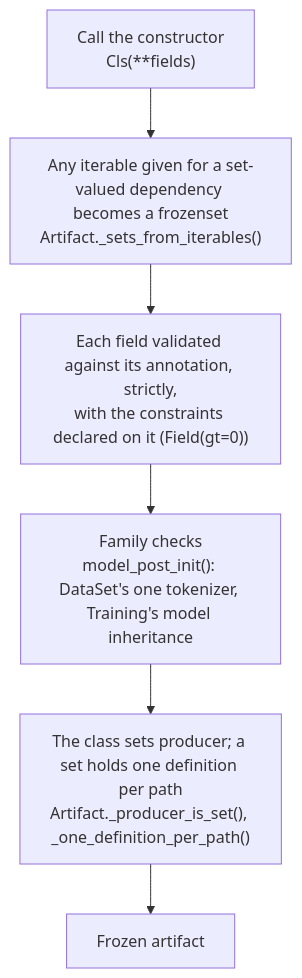
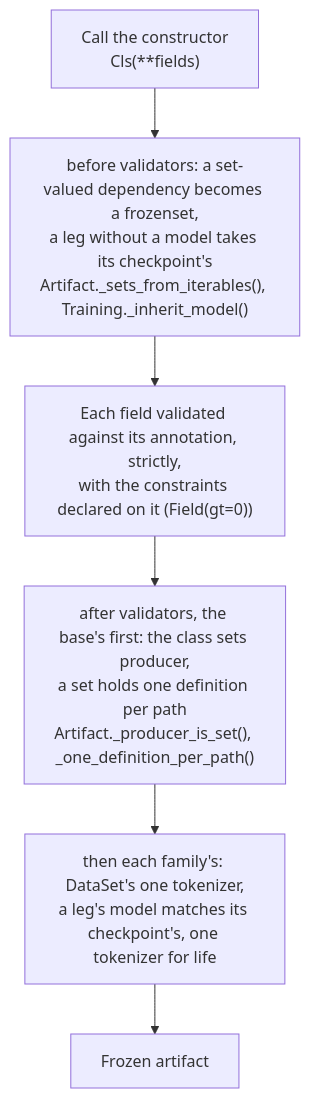
Before and after one commit to ocanphys/launchpad: the second of 3 diagrams in docs/artifacts.md, drawn with Mermaid. The commit also changed 9 other files, not shown here.

First line of the commit message:
Stage 3: family checks become declared pydantic validators

````diff
--- a/docs/artifacts.md
+++ b/docs/artifacts.md
@@ -74,8 +74,8 @@
 ```mermaid
 flowchart TD
-  A["Call the constructor<br/>Cls(**fields)"] --> B["Any iterable given for a set-valued dependency becomes a frozenset<br/>Artifact._sets_from_iterables()"]
+  A["Call the constructor<br/>Cls(**fields)"] --> B["before validators: a set-valued dependency becomes a frozenset,<br/>a leg without a model takes its checkpoint's<br/>Artifact._sets_from_iterables(), Training._inherit_model()"]
   B --> V["Each field validated against its annotation, strictly,<br/>with the constraints declared on it (Field(gt=0))"]
-  V --> P["Family checks<br/>model_post_init(): DataSet's one tokenizer, Training's model inheritance"]
-  P --> R["The class sets producer; a set holds one definition per path<br/>Artifact._producer_is_set(), _one_definition_per_path()"]
-  R --> H["Frozen artifact"]
+  V --> R["after validators, the base's first: the class sets producer,<br/>a set holds one definition per path<br/>Artifact._producer_is_set(), _one_definition_per_path()"]
+  R --> P["then each family's: DataSet's one tokenizer,<br/>a leg's model matches its checkpoint's, one tokenizer for life"]
+  P --> H["Frozen artifact"]
 ```
````
